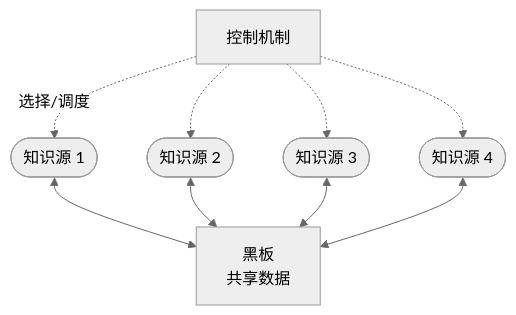
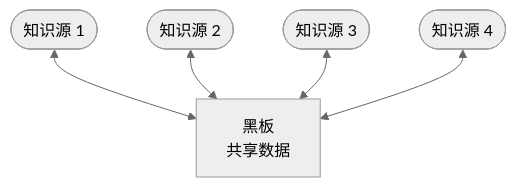
One commit to YoungHong1992/ruankao-senior-architecture-designer changed diagram 14 of 19 in 01.系统架构设计师教材-清洗版/第07章-系统架构设计基础知识.md. Above: the diagram before and after it, drawn with Mermaid (neutral theme). The commit also changed other lines of this file and 16 other files, not shown here.

````diff
--- a/01.系统架构设计师教材-清洗版/第07章-系统架构设计基础知识.md
+++ b/01.系统架构设计师教材-清洗版/第07章-系统架构设计基础知识.md
@@ -538,11 +538,7 @@
 ```mermaid
 flowchart TB
     K1(["知识源 1"]) <--> B["黑板<br/>共享数据"]
     K2(["知识源 2"]) <--> B
     K3(["知识源 3"]) <--> B
     K4(["知识源 4"]) <--> B
-    CTRL["控制机制"] -.->|"选择/调度"| K1
-    CTRL -.-> K2
-    CTRL -.-> K3
-    CTRL -.-> K4
 ```
````
